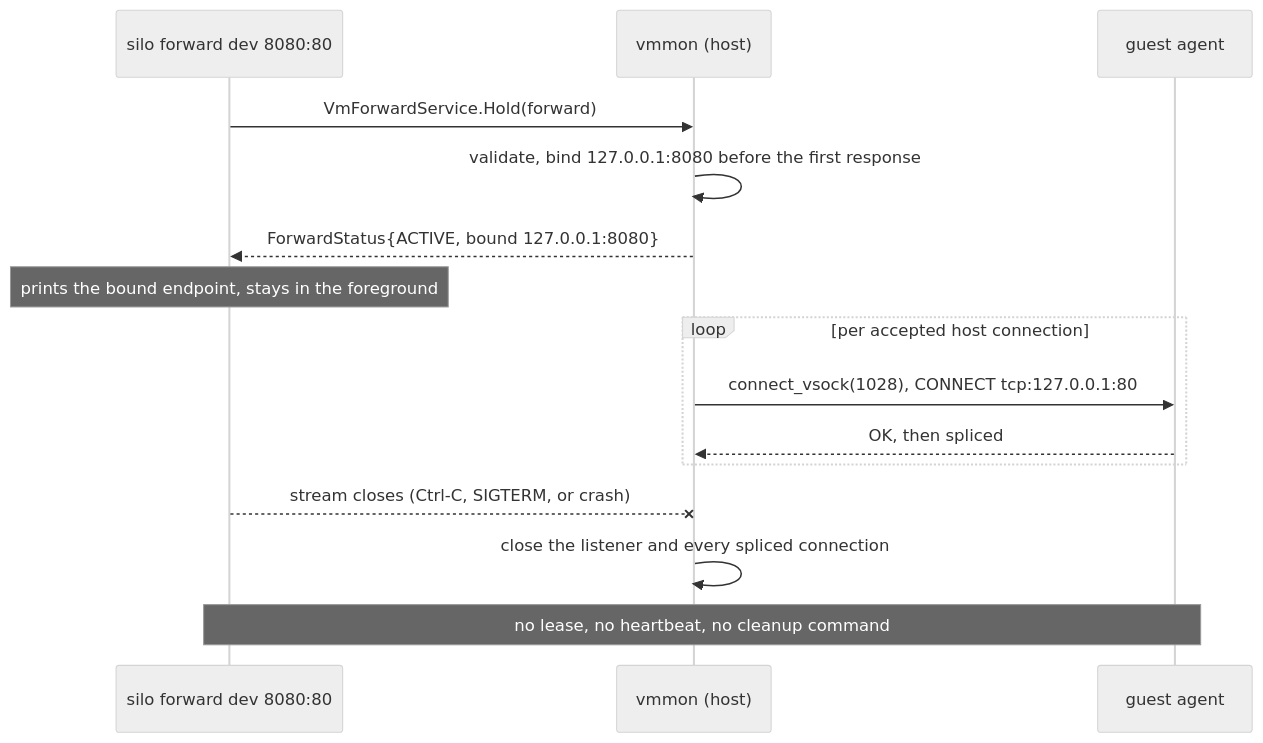
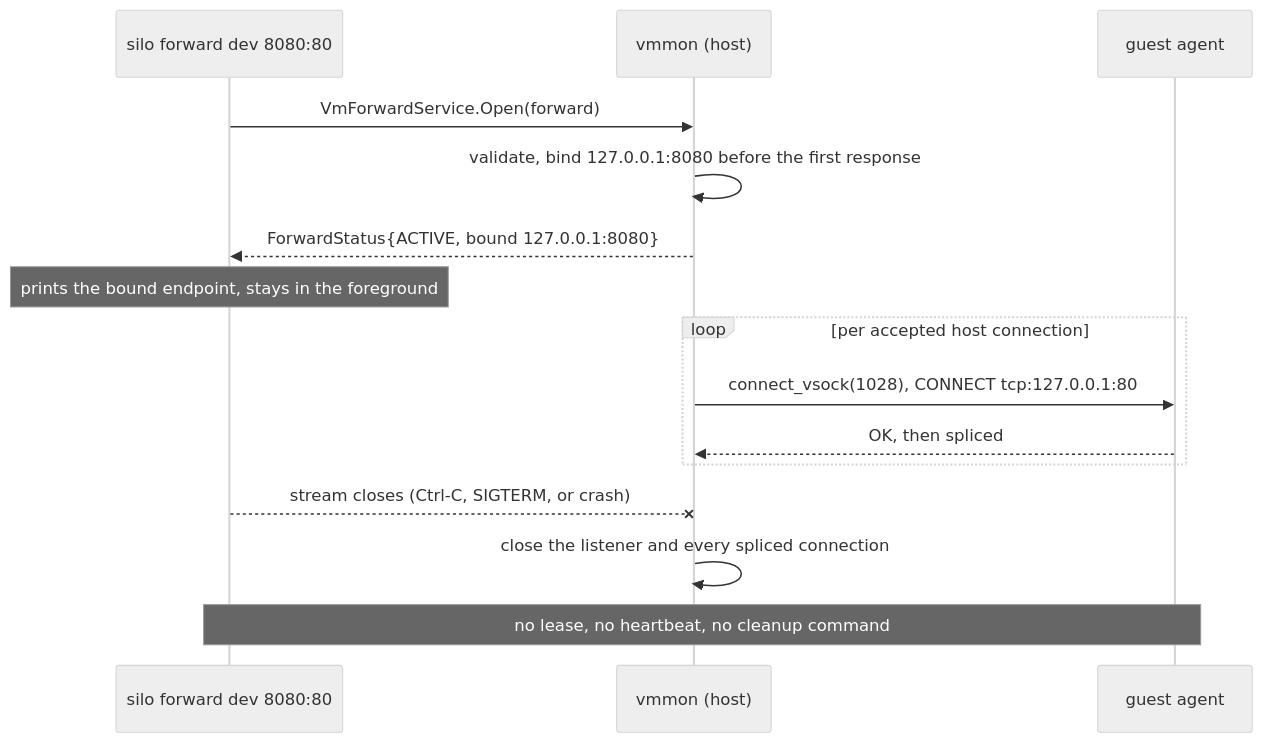
One commit to vandycknick/silo changed the sixth of 9 diagrams in docs/adr/0016-vsock-forwards-and-netd-publications.md. Above: the diagram before and after it, drawn with Mermaid (neutral theme). The commit also changed other lines of this file and 19 other files, not shown here.

````diff
--- a/docs/adr/0016-vsock-forwards-and-netd-publications.md
+++ b/docs/adr/0016-vsock-forwards-and-netd-publications.md
@@ -322,17 +325,17 @@
 ```mermaid
 sequenceDiagram
   participant S as silo forward dev 8080:80
   participant V as vmmon (host)
   participant A as guest agent
-  S->>V: VmForwardService.Hold(forward)
+  S->>V: VmForwardService.Open(forward)
   V->>V: validate, bind 127.0.0.1:8080 before the first response
   V-->>S: ForwardStatus{ACTIVE, bound 127.0.0.1:8080}
   Note over S: prints the bound endpoint, stays in the foreground
   loop per accepted host connection
     V->>A: connect_vsock(1028), CONNECT tcp:127.0.0.1:80
     A-->>V: OK, then spliced
   end
   S--xV: stream closes (Ctrl-C, SIGTERM, or crash)
   V->>V: close the listener and every spliced connection
   Note over S,A: no lease, no heartbeat, no cleanup command
 ```
````
